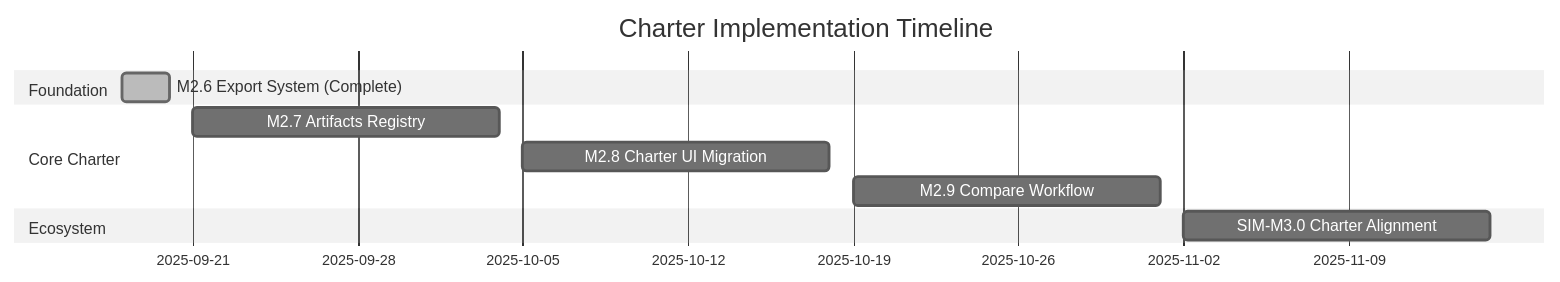
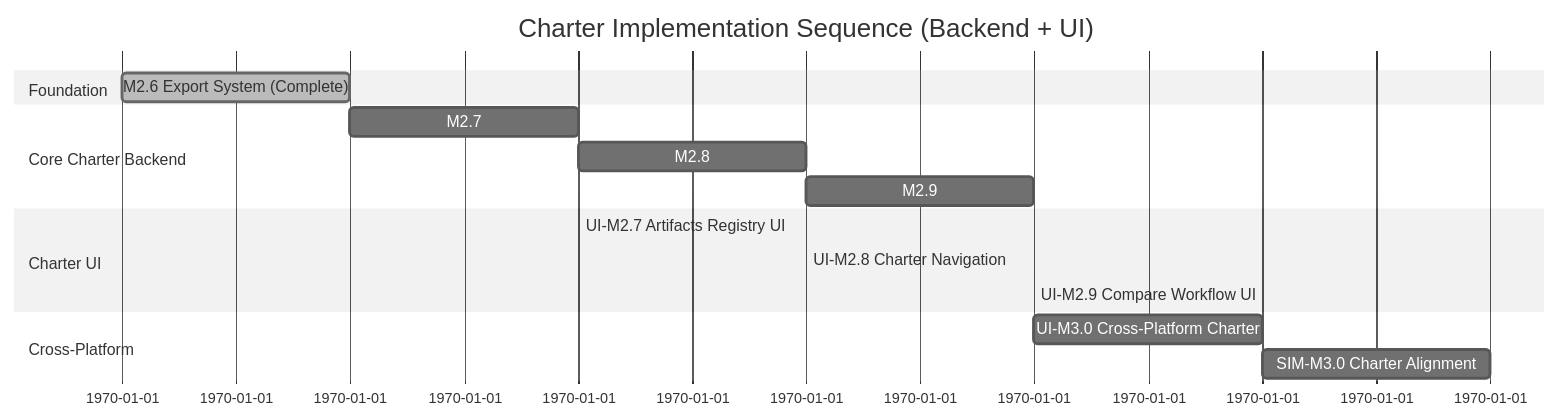
One commit to 23min/FlowTime changed the diagram in docs/milestones/CHARTER-ROADMAP.md. Above: the diagram before and after it, drawn with Mermaid (neutral theme). The commit also changed other lines of this file and 32 other files, not shown here.

````diff
--- a/docs/milestones/CHARTER-ROADMAP.md
+++ b/docs/milestones/CHARTER-ROADMAP.md
@@ -161,15 +212,21 @@
 ```mermaid
 gantt
-    title Charter Implementation Timeline
-    dateFormat  YYYY-MM-DD
+    title Charter Implementation Sequence (Backend + UI)
+    dateFormat  X
     section Foundation
-    M2.6 Export System (Complete)    :done, m26, 2025-09-18, 2025-09-20
+    M2.6 Export System (Complete)    :done, m26, 0, 1
     
-    section Core Charter
-    M2.7 Artifacts Registry          :m27, 2025-09-21, 2025-10-04
-    M2.8 Charter UI Migration        :m28, 2025-10-05, 2025-10-18
-    M2.9 Compare Workflow            :m29, 2025-10-19, 2025-11-01
+    section Core Charter Backend
+    M2.7                             :m27, after m26, 2
+    M2.8                             :m28, after m27, 3  
+    M2.9                             :m29, after m28, 4
     
-    section Ecosystem
-    SIM-M3.0 Charter Alignment       :sim30, 2025-11-02, 2025-11-15
+    section Charter UI
+    UI-M2.7 Artifacts Registry UI    :ui27, after m27, 2
+    UI-M2.8 Charter Navigation       :ui28, after m28, 3
+    UI-M2.9 Compare Workflow UI      :ui29, after m29, 4
+    
+    section Cross-Platform
+    UI-M3.0 Cross-Platform Charter   :ui30, after ui29, 5
+    SIM-M3.0 Charter Alignment       :sim30, after ui30, 6
 ```
````
